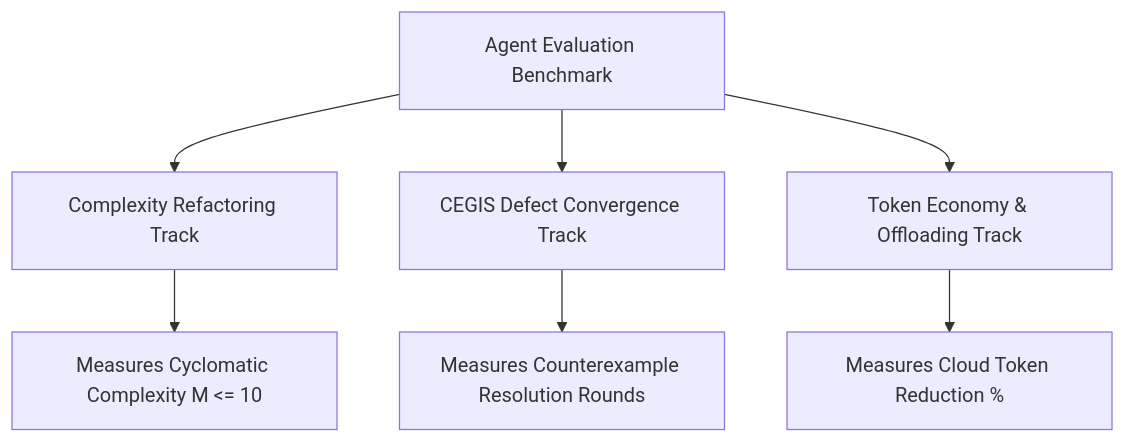
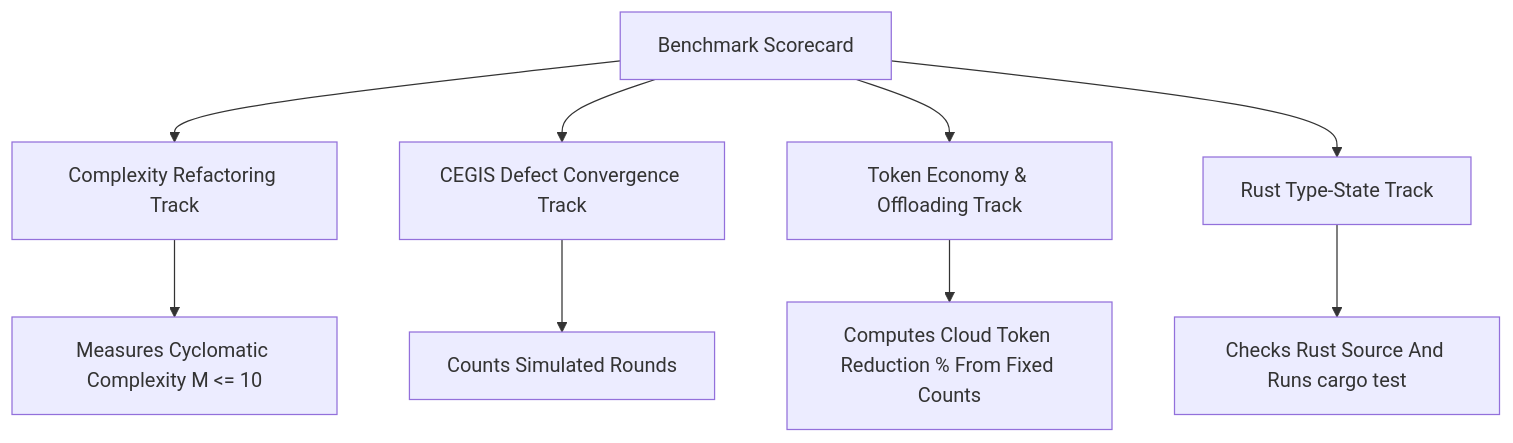
One commit to dan-petty/vibes changed the diagram in benchmarks/README.md. Above: the diagram before and after it, drawn with Mermaid. The commit also changed other lines of this file and 248 other files, not shown here.

````diff
--- a/benchmarks/README.md
+++ b/benchmarks/README.md
@@ -5,10 +5,12 @@
 ```mermaid
 flowchart TD
-    A[Agent Evaluation Benchmark] --> B[Complexity Refactoring Track]
+    A[Benchmark Scorecard] --> B[Complexity Refactoring Track]
     A --> C[CEGIS Defect Convergence Track]
     A --> D[Token Economy & Offloading Track]
+    A --> E[Rust Type-State Track]
 
     B --> S1[Measures Cyclomatic Complexity M <= 10]
-    C --> S2[Measures Counterexample Resolution Rounds]
-    D --> S3[Measures Cloud Token Reduction %]
+    C --> S2[Counts Simulated Rounds]
+    D --> S3[Computes Cloud Token Reduction % From Fixed Counts]
+    E --> S4[Checks Rust Source And Runs cargo test]
 ```
````
